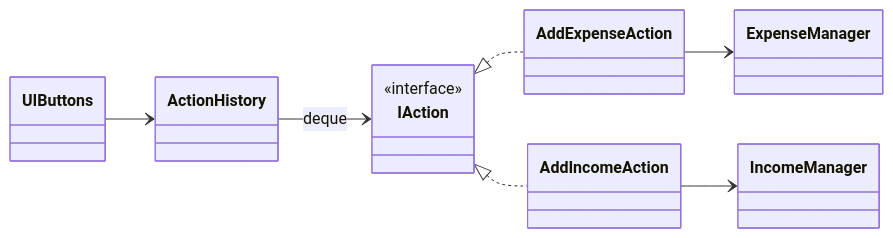
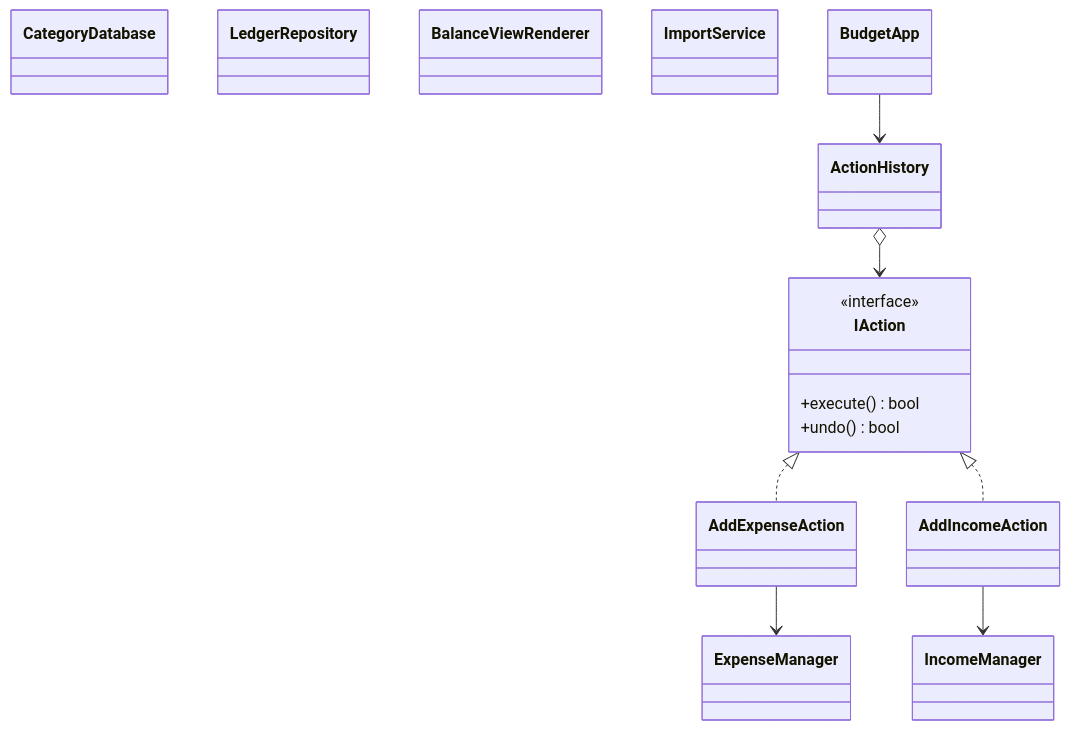
The ninth of 14 diagrams in kindle/design-patterns/output/chapter05.md (kumachan1101-pixel/DesignPattern), drawn with Mermaid before and after one commit. The commit also changed other lines of this file and 19 other files, not shown here.

````diff
--- a/kindle/design-patterns/output/chapter05.md
+++ b/kindle/design-patterns/output/chapter05.md
@@ -1383,12 +1161,24 @@
 ```mermaid
 classDiagram
-    direction LR
-    class IAction { <<interface>> }
+    class CategoryDatabase
+    class LedgerRepository
+    class BalanceViewRenderer
+    class ImportService
+    class IAction {
+        <<interface>>
+        +execute() bool
+        +undo() bool
+    }
+    class AddExpenseAction
+    class AddIncomeAction
     class ActionHistory
-    UIButtons --> ActionHistory
-    ActionHistory --> IAction : deque
+    class BudgetApp
+    class ExpenseManager
+    class IncomeManager
     IAction <|.. AddExpenseAction
     IAction <|.. AddIncomeAction
+    ActionHistory o--> IAction
+    BudgetApp --> ActionHistory
     AddExpenseAction --> ExpenseManager
     AddIncomeAction --> IncomeManager
 ```
````
